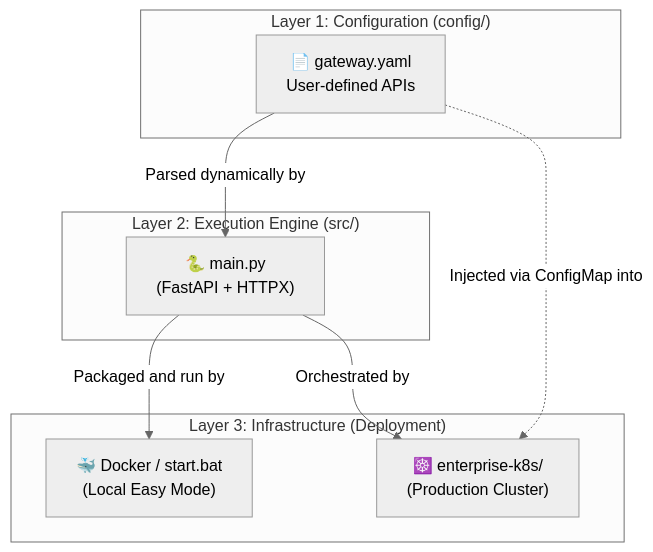
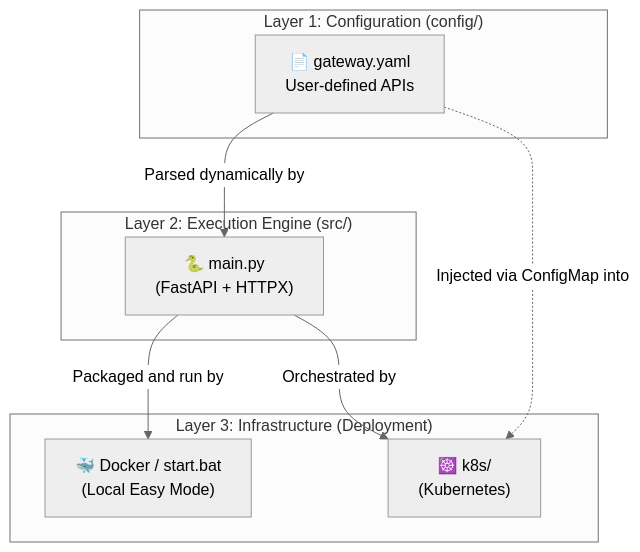
Before and after one commit to PoisonOakey/universal-api-gateway: the diagram in docs/ARCHITECTURE.md, drawn with Mermaid (neutral theme). The commit also changed other lines of this file and 8 other files, not shown here.

````diff
--- a/docs/ARCHITECTURE.md
+++ b/docs/ARCHITECTURE.md
@@ -11,22 +11,22 @@
 ```mermaid
 graph TD
     %% Layers
     subgraph "Layer 1: Configuration (config/)"
         YAML["📄 gateway.yaml\nUser-defined APIs"]
     end
     
     subgraph "Layer 2: Execution Engine (src/)"
         Python["🐍 main.py\n(FastAPI + HTTPX)"]
     end
     
     subgraph "Layer 3: Infrastructure (Deployment)"
         Docker["🐳 Docker / start.bat\n(Local Easy Mode)"]
-        K8s["☸️ enterprise-k8s/\n(Production Cluster)"]
+        K8s["☸️ k8s/\n(Kubernetes)"]
     end
 
     %% Flow
     YAML -->|"Parsed dynamically by"| Python
     Python -->|"Packaged and run by"| Docker
     Python -->|"Orchestrated by"| K8s
     YAML -.->|"Injected via ConfigMap into"| K8s
 ```
````
